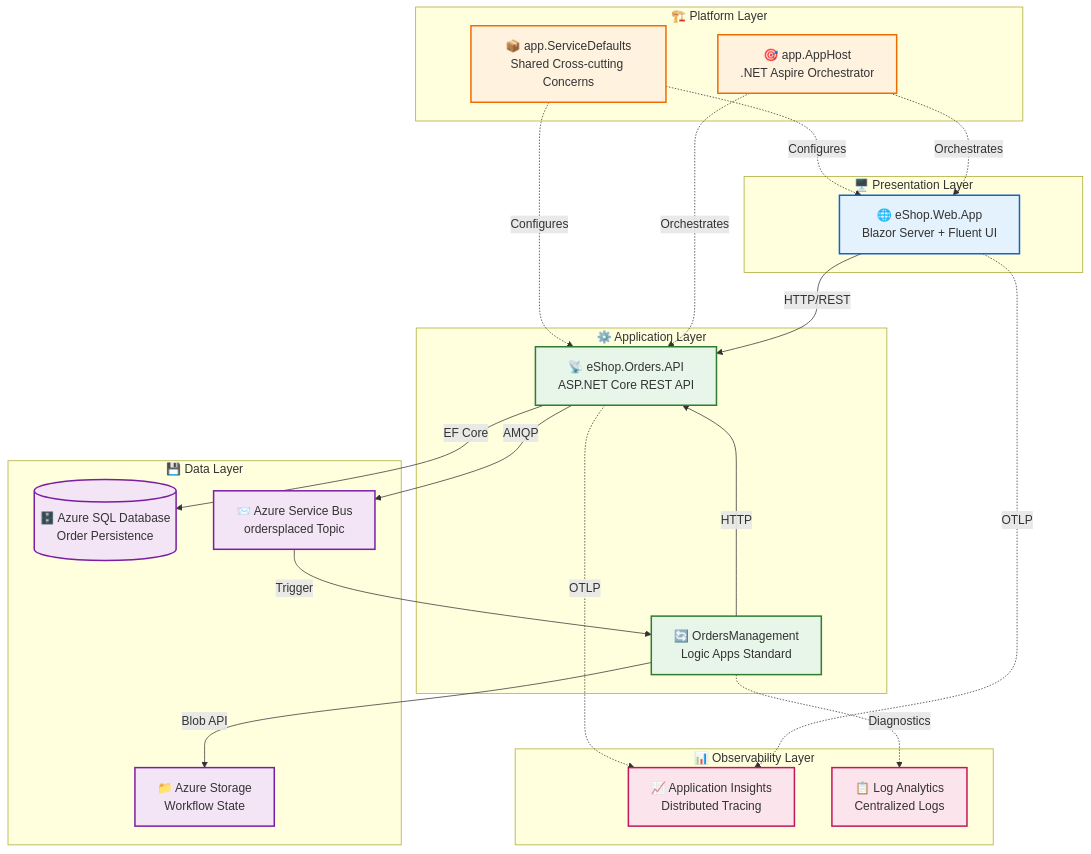
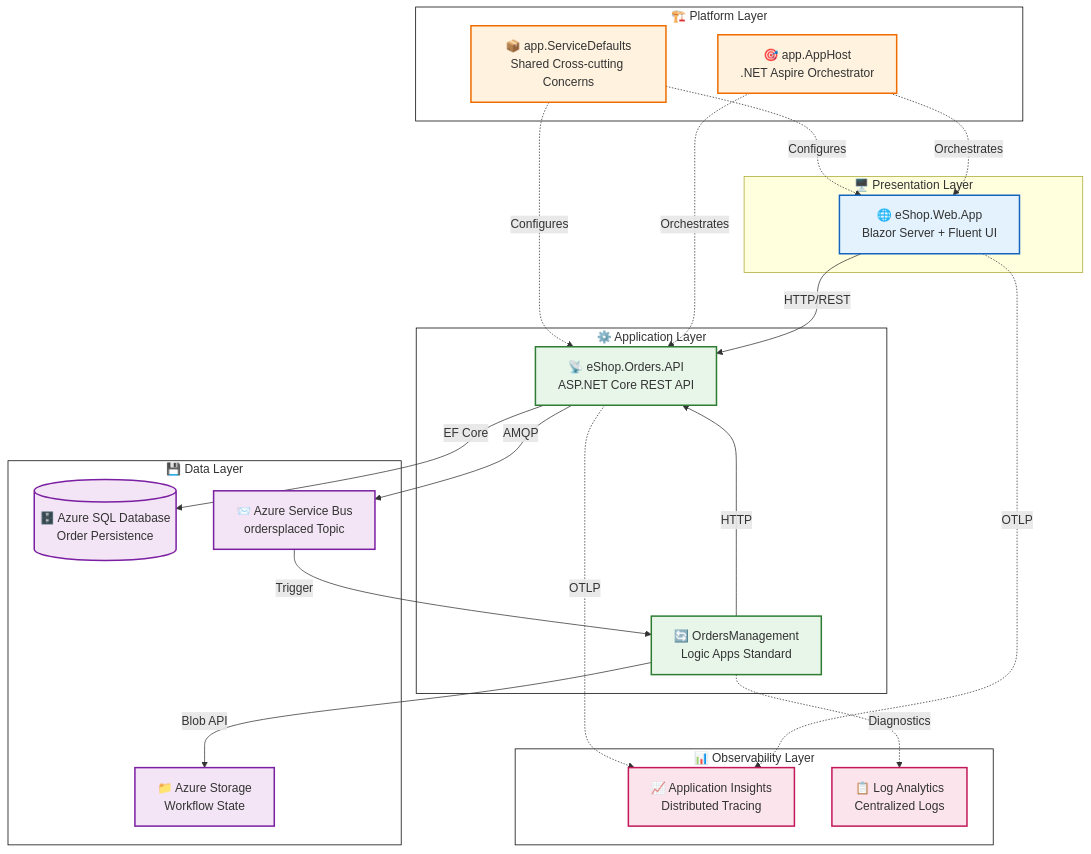
The diagram in README.md (Evilazaro/Azure-LogicApps-Monitoring), drawn with Mermaid before and after one commit. The commit also changed 2 other files, not shown here.

Commit message:
Refactor Mermaid diagrams for improved clarity and consistency across architecture documentation

````diff
--- a/README.md
+++ b/README.md
@@ -40,55 +40,54 @@
 ```mermaid
-flowchart TD
-    subgraph Presentation["🖥️ Presentation Layer"]
-        WebApp["🌐 eShop.Web.App<br/>Blazor Server + Fluent UI"]
-    end
+flowchart TB
+ subgraph Presentation["🖥️ Presentation Layer"]
+        WebApp["🌐 eShop.Web.App<br>Blazor Server + Fluent UI"]
+  end
+ subgraph Application["⚙️ Application Layer"]
+        API["📡 eShop.Orders.API<br>ASP.NET Core REST API"]
+        LogicApp["🔄 OrdersManagement<br>Logic Apps Standard"]
+  end
+ subgraph Platform["🏗️ Platform Layer"]
+        Aspire["🎯 app.AppHost<br>.NET Aspire Orchestrator"]
+        Defaults["📦 app.ServiceDefaults<br>Shared Cross-cutting Concerns"]
+  end
+ subgraph Data["💾 Data Layer"]
+        SQL[("🗄️ Azure SQL Database<br>Order Persistence")]
+        ServiceBus["📨 Azure Service Bus<br>ordersplaced Topic"]
+        Storage["📁 Azure Storage<br>Workflow State"]
+  end
+ subgraph Observability["📊 Observability Layer"]
+        AppInsights["📈 Application Insights<br>Distributed Tracing"]
+        LogAnalytics["📋 Log Analytics<br>Centralized Logs"]
+  end
+    WebApp -- HTTP/REST --> API
+    API -- EF Core --> SQL
+    API -- AMQP --> ServiceBus
+    ServiceBus -- Trigger --> LogicApp
+    LogicApp -- HTTP --> API
+    LogicApp -- Blob API --> Storage
+    Aspire -. Orchestrates .-> WebApp & API
+    Defaults -. Configures .-> WebApp & API
+    WebApp -. OTLP .-> AppInsights
+    API -. OTLP .-> AppInsights
+    LogicApp -. Diagnostics .-> LogAnalytics
 
-    subgraph Application["⚙️ Application Layer"]
-        API["📡 eShop.Orders.API<br/>ASP.NET Core REST API"]
-        LogicApp["🔄 OrdersManagement<br/>Logic Apps Standard"]
-    end
-
-    subgraph Platform["🏗️ Platform Layer"]
-        Aspire["🎯 app.AppHost<br/>.NET Aspire Orchestrator"]
-        Defaults["📦 app.ServiceDefaults<br/>Shared Cross-cutting Concerns"]
-    end
-
-    subgraph Data["💾 Data Layer"]
-        SQL[("🗄️ Azure SQL Database<br/>Order Persistence")]
-        ServiceBus["📨 Azure Service Bus<br/>ordersplaced Topic"]
-        Storage["📁 Azure Storage<br/>Workflow State"]
-    end
-
-    subgraph Observability["📊 Observability Layer"]
-        AppInsights["📈 Application Insights<br/>Distributed Tracing"]
-        LogAnalytics["📋 Log Analytics<br/>Centralized Logs"]
-    end
-
-    WebApp -->|"HTTP/REST"| API
-    API -->|"EF Core"| SQL
-    API -->|"AMQP"| ServiceBus
-    ServiceBus -->|"Trigger"| LogicApp
-    LogicApp -->|"HTTP"| API
-    LogicApp -->|"Blob API"| Storage
-
-    Aspire -.->|"Orchestrates"| WebApp
-    Aspire -.->|"Orchestrates"| API
-    Defaults -.->|"Configures"| WebApp
-    Defaults -.->|"Configures"| API
-
-    WebApp -.->|"OTLP"| AppInsights
-    API -.->|"OTLP"| AppInsights
-    LogicApp -.->|"Diagnostics"| LogAnalytics
-
+     WebApp:::presentation
+     API:::application
+     LogicApp:::application
+     Aspire:::platform
+     Defaults:::platform
+     SQL:::data
+     ServiceBus:::data
+     Storage:::data
+     AppInsights:::observability
+     LogAnalytics:::observability
     classDef presentation fill:#e3f2fd,stroke:#1565c0,stroke-width:2px
     classDef application fill:#e8f5e9,stroke:#2e7d32,stroke-width:2px
     classDef platform fill:#fff3e0,stroke:#ef6c00,stroke-width:2px
     classDef data fill:#f3e5f5,stroke:#7b1fa2,stroke-width:2px
     classDef observability fill:#fce4ec,stroke:#c2185b,stroke-width:2px
-
-    class WebApp presentation
-    class API,LogicApp application
-    class Aspire,Defaults platform
-    class SQL,ServiceBus,Storage data
-    class AppInsights,LogAnalytics observability
+    style Platform stroke:#000000,fill:#FFFFFF
+    style Application stroke:#000000,fill:#FFFFFF
+    style Data stroke:#000000,fill:#FFFFFF
+    style Observability stroke:#000000,fill:#FFFFFF
 ```
````
